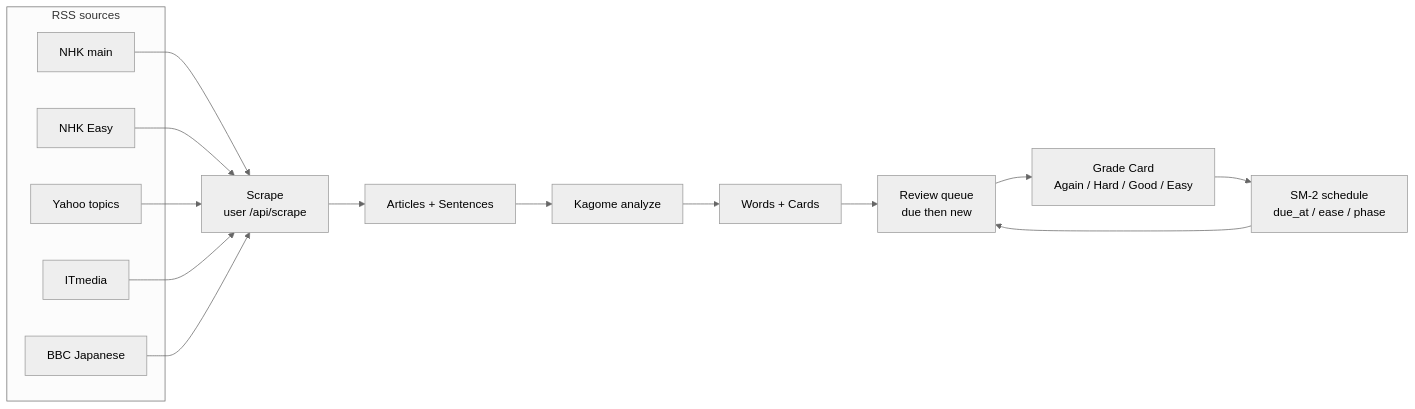
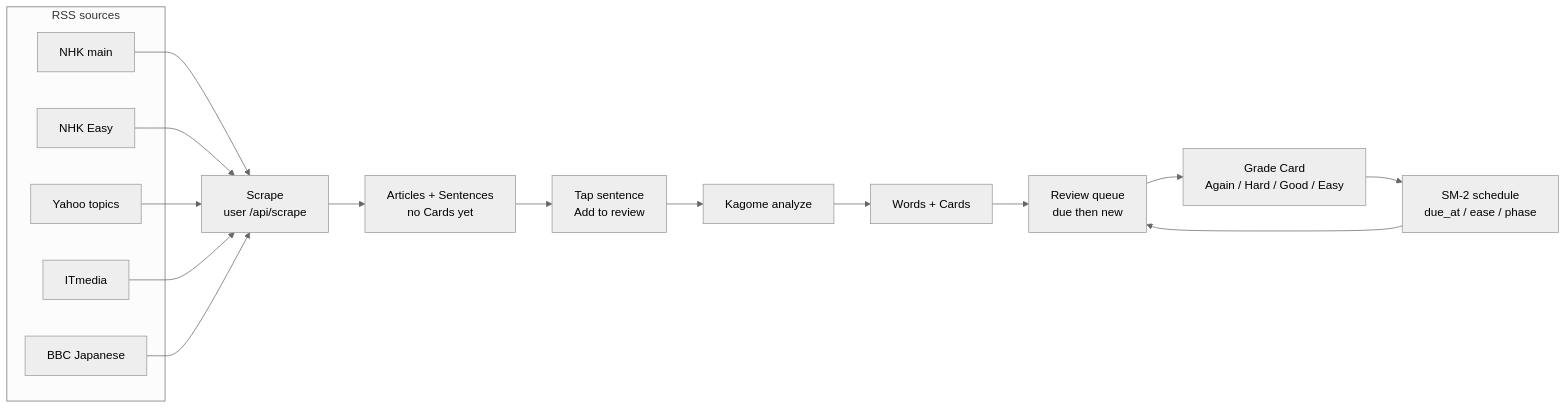
One commit to rikiisworking/jkrt changed the first of 7 diagrams in README.md. Above: the diagram before and after it, drawn with Mermaid (neutral theme). The commit also changed other lines of this file and 14 other files, not shown here.

First line of the commit message:
feat: extract-on-tap so only opted sentences enter review

````diff
--- a/README.md
+++ b/README.md
@@ -29,26 +29,27 @@
 ```mermaid
 flowchart LR
   subgraph sources [RSS sources]
     M[NHK main]
     E[NHK Easy]
     Y[Yahoo topics]
     I[ITmedia]
     B[BBC Japanese]
   end
 
   S[Scrape<br/>user /api/scrape]
-  A[Articles + Sentences]
+  A[Articles + Sentences<br/>no Cards yet]
+  T[Tap sentence<br/>Add to review]
   K[Kagome analyze]
   W[Words + Cards]
   Q[Review queue<br/>due then new]
   R[Grade Card<br/>Again / Hard / Good / Easy]
   SM[SM-2 schedule<br/>due_at / ease / phase]
 
   M --> S
   E --> S
   Y --> S
   I --> S
   B --> S
-  S --> A --> K --> W --> Q --> R --> SM
+  S --> A --> T --> K --> W --> Q --> R --> SM
   SM --> Q
 ```
````
